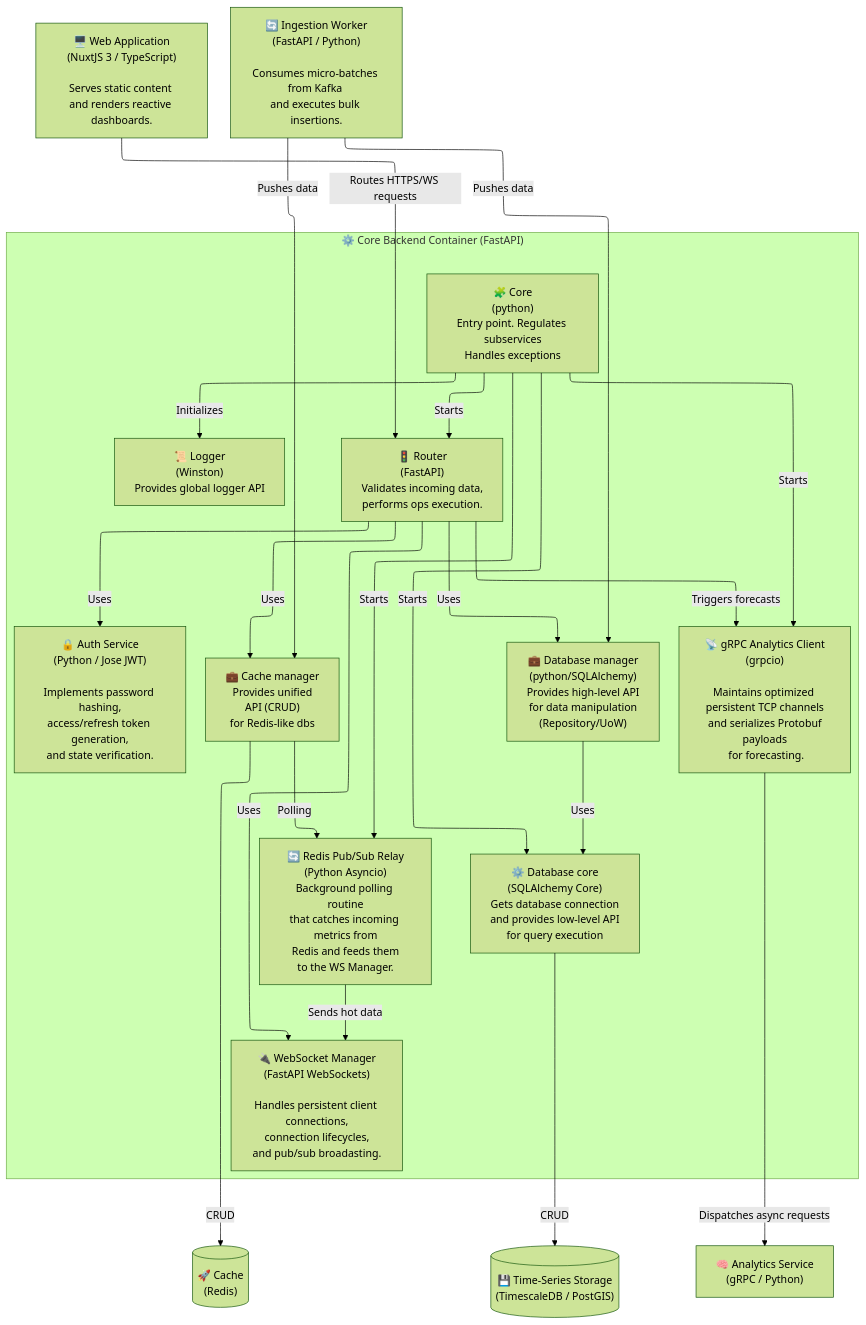
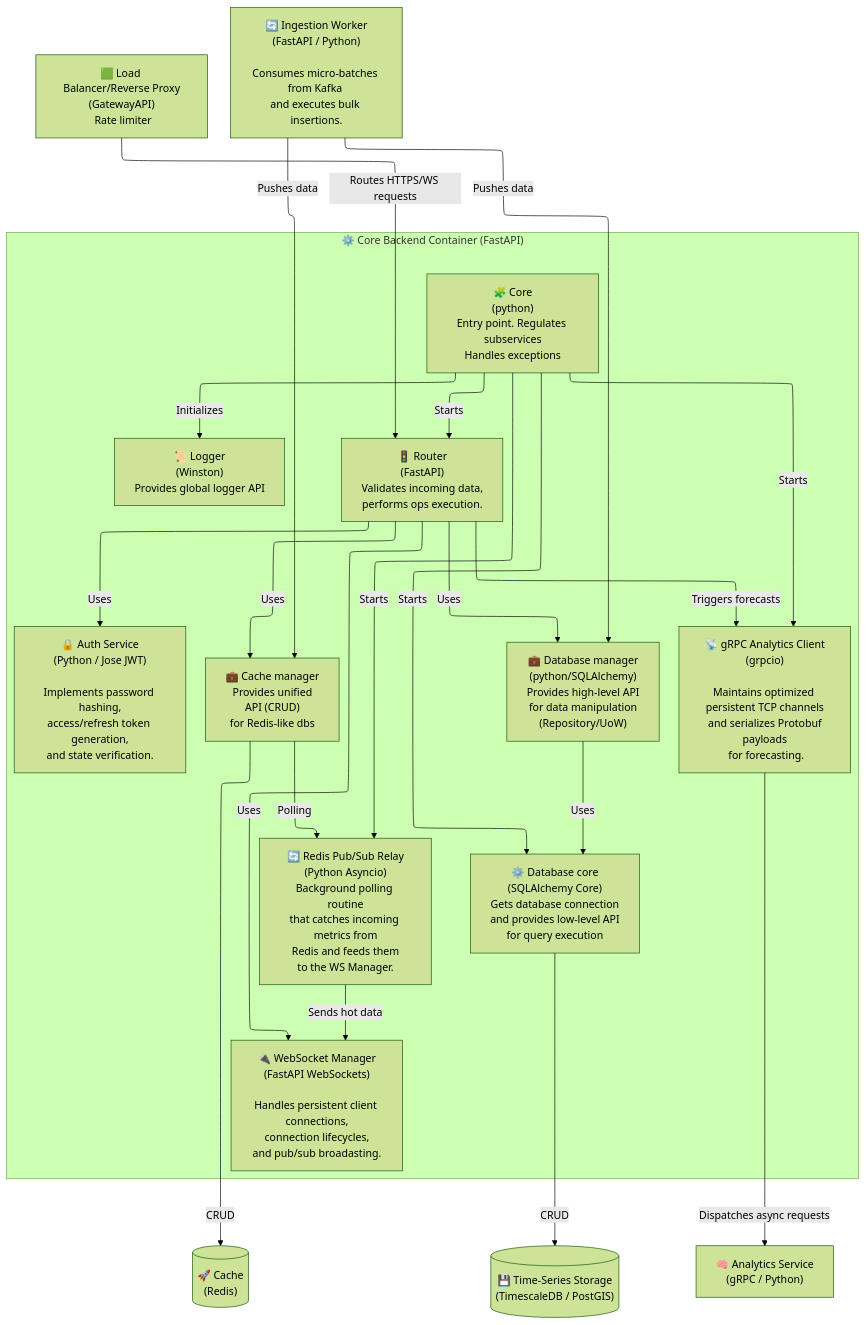
Before and after one commit to Upcomer2077/SmartCity: the first of 2 diagrams in docs/02_architecture/c4_3_component.md, drawn with Mermaid (forest theme). The commit also changed other lines of this file and 11 other files, not shown here.

````diff
--- a/docs/02_architecture/c4_3_component.md
+++ b/docs/02_architecture/c4_3_component.md
@@ -5,74 +5,74 @@
 ```mermaid
 ---
 config:
   layout: elk
 ---
 flowchart TB
     %% --- External Containers (C2 Context) ---
-    WebUI["🖥️ Web Application\n(NuxtJS 3 / TypeScript)\n\nServes static content \nand renders reactive dashboards."]
+    GatewayAPI["🟩 Load Balancer/Reverse Proxy\n(GatewayAPI)\n Rate limiter"]
     Redis[("🚀 Cache\n(Redis)")]
     Timescale[("💾 Time-Series Storage\n(TimescaleDB / PostGIS)")]
     Analytics["🧠 Analytics Service\n(gRPC / Python)"]
     %% Time-series Worker
     Ingestor["🔄 Ingestion Worker\n(FastAPI / Python)\n\nConsumes micro-batches from Kafka \nand executes bulk insertions."]
        
     %% --- Core Backend Container Boundary ---
     subgraph CoreBackend["⚙️ Core Backend Container (FastAPI)"]
         
         %% Main
         Core["🧩 Core\n(python)\nEntry point. Regulates subservices\nHandles exceptions"]
         
         %% Routing and Contract Validation
         Router["🚦 Router\n(FastAPI)\nValidates incoming data,\nperforms ops execution."]
 
         %% Cache manager
         CacheManager["💼 Cache manager\nProvides unified\nAPI (CRUD)\nfor Redis-like dbs"]
 
         %% DB Core module
         DBEngine["⚙️ Database core\n(SQLAlchemy Core)\nGets database connection\nand provides low-level API\nfor query execution"]
 
         %% Data Access Abstraction
         DBManager["💼 Database manager\n(python/SQLAlchemy)\nProvides high-level API\nfor data manipulation\n(Repository/UoW)"]
 
         %% Real-time Delivery
         WSManager["🔌 WebSocket Manager\n(FastAPI WebSockets)\n\nHandles persistent client connections,\n connection lifecycles, and pub/sub broadasting."]
         
         %% Authentication & Guardrails
         AuthService["🔒 Auth Service\n(Python / Jose JWT)\n\nImplements password hashing,\naccess/refresh token generation,\nand state verification."]
         
         %% %% Telemetry Background Relay
         PubSubRelay["🔄 Redis Pub/Sub Relay\n(Python Asyncio)\nBackground polling routine\nthat catches incoming metrics from\n Redis and feeds them \nto the WS Manager."]
         
         %% Binary Remote Procedure Call Stub
         gRPCClient["📡 gRPC Analytics Client\n(grpcio)\n\nMaintains optimized persistent TCP channels\n and serializes Protobuf payloads\n for forecasting."]
 
         %% Logger
         Logger["📜 Logger\n(Winston)\nProvides global logger API"]
     end
 
    
     %% --- Internal Cross-Component Layer Calls 
     Core -->|Starts| Router
     Core -->|Starts| DBEngine
     Core -->|Starts| gRPCClient
     Core -->|Starts| PubSubRelay
     Core -->|Initializes| Logger
 
     Router -->|Uses| DBManager
     Router -->|Uses| AuthService
     Router -->|Uses| CacheManager
     Router -->|Uses| WSManager
     Router -->|Triggers forecasts| gRPCClient
 
     DBManager -->|Uses| DBEngine
     PubSubRelay -->|Sends hot data| WSManager
     
     %% --- External Connections 
     gRPCClient -->|Dispatches async requests| Analytics
-    WebUI -->|Routes HTTPS/WS requests| Router
+    GatewayAPI -->|Routes HTTPS/WS requests| Router
     Ingestor -->|Pushes data| CacheManager
     CacheManager -->|Polling| PubSubRelay
     Ingestor -->|Pushes data| DBManager
     CacheManager -->|CRUD| Redis
     DBEngine -->|CRUD| Timescale
 ```
````
